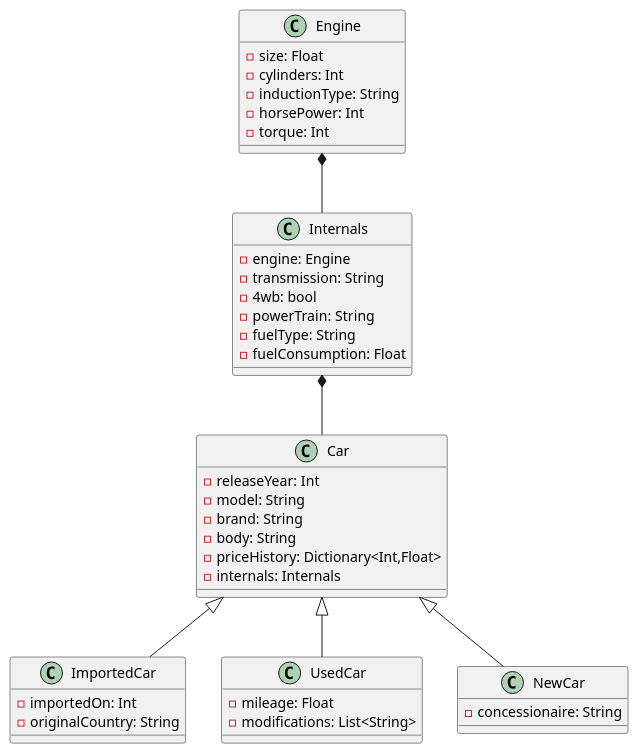
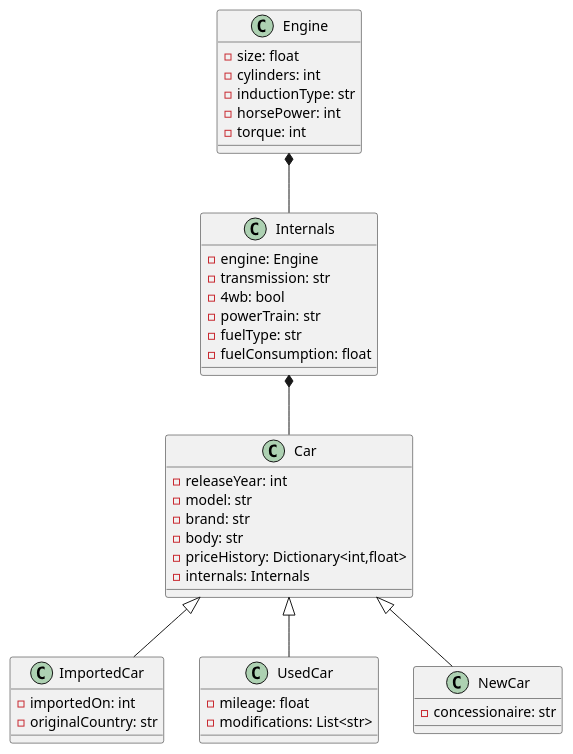
Before and after one commit to ooplata/carpedia: the diagram in Carpedia.puml, drawn with PlantUML.

Commit message:
Made class names more Python like

```diff
--- a/Carpedia.puml
+++ b/Carpedia.puml
@@ -1,44 +1,44 @@
 @startuml Project
 class ImportedCar extends Car {
-    -importedOn: Int
-    -originalCountry: String
+    -importedOn: int
+    -originalCountry: str
 }
 
 class UsedCar extends Car {
-    -mileage: Float
-    -modifications: List<String>
+    -mileage: float
+    -modifications: List<str>
 }
 
 class NewCar extends Car {
-    -concessionaire: String
+    -concessionaire: str
 }
 
 Engine *-- Internals
 Internals *-- Car
 
 class Car {
-    -releaseYear: Int
-    -model: String
-    -brand: String
-    -body: String
-    -priceHistory: Dictionary<Int,Float>
+    -releaseYear: int
+    -model: str
+    -brand: str
+    -body: str
+    -priceHistory: Dictionary<int,float>
     -internals: Internals
 }
 
 class Internals {
     -engine: Engine
-    -transmission: String
+    -transmission: str
     -4wb: bool
-    -powerTrain: String
-    -fuelType: String
-    -fuelConsumption: Float
+    -powerTrain: str
+    -fuelType: str
+    -fuelConsumption: float
 }
 
 class Engine {
-    -size: Float
-    -cylinders: Int
-    -inductionType: String
-    -horsePower: Int
-    -torque: Int
+    -size: float
+    -cylinders: int
+    -inductionType: str
+    -horsePower: int
+    -torque: int
 }
 @enduml
```
